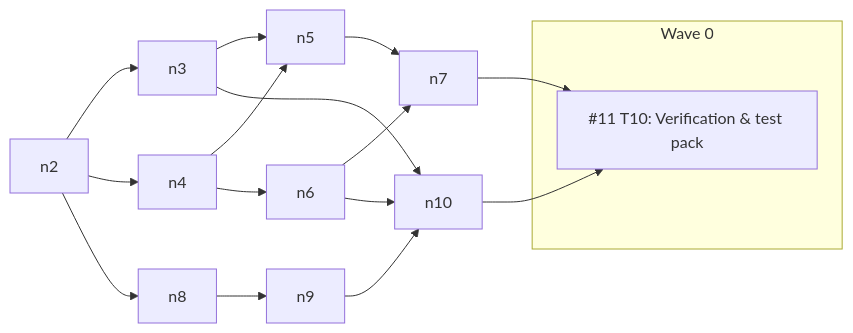
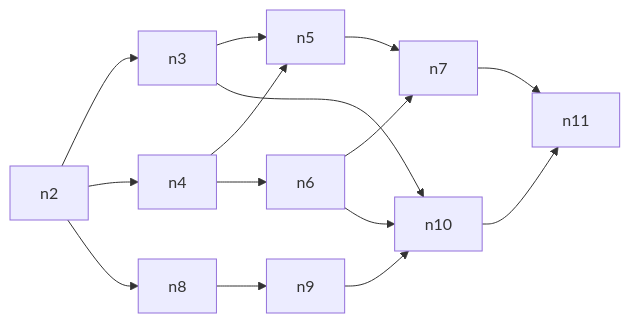
The first of 2 diagrams in docs/7-DEVELOPMENT/team-access/schedule.md (bugscoderlab/open-notebook), drawn with Mermaid before and after one commit. The commit also changed other lines of this file, not shown here.

Commit message:
chore: regenerate ticket schedules [skip ci]

````diff
--- a/docs/7-DEVELOPMENT/team-access/schedule.md
+++ b/docs/7-DEVELOPMENT/team-access/schedule.md
@@ -20,20 +20,17 @@
 ```mermaid
 flowchart LR
-  subgraph "Wave 0"
-    n11["#11 T10: Verification & test pack"]
-  end
   n2 --> n3
   n2 --> n4
   n3 --> n5
   n4 --> n5
   n4 --> n6
   n5 --> n7
   n6 --> n7
   n2 --> n8
   n8 --> n9
   n3 --> n10
   n6 --> n10
   n9 --> n10
   n7 --> n11
   n10 --> n11
 ```
````
